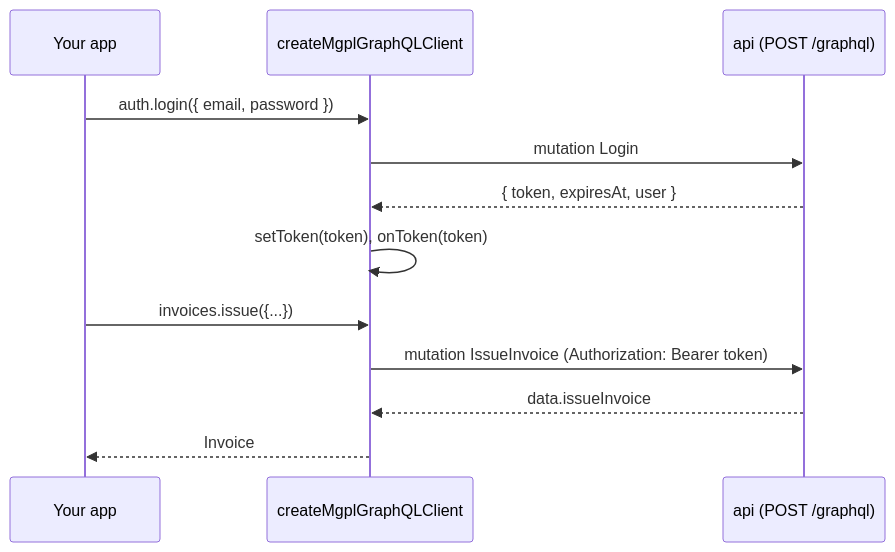
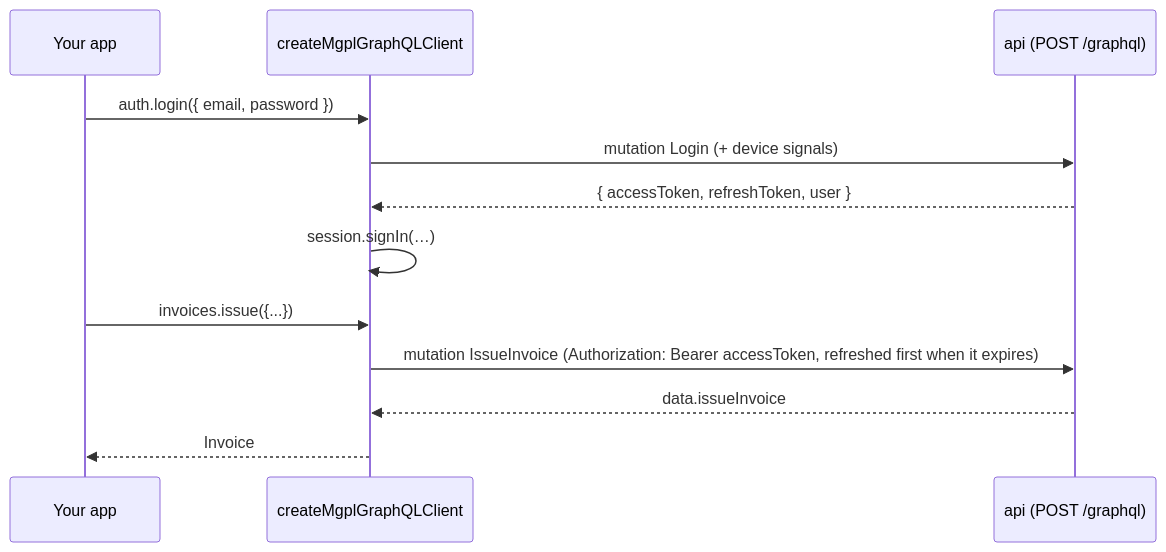
Before and after one commit to mgpl-diagnostics/client: the diagram in docs/graphql.md, drawn with Mermaid. The commit also changed other lines of this file and 16 other files, not shown here.

First line of the commit message:
feat: session manager for any library, device signals, refresh tokens (#7)

````diff
--- a/docs/graphql.md
+++ b/docs/graphql.md
@@ -7,14 +7,14 @@
 ```mermaid
 sequenceDiagram
   participant App as Your app
   participant C as createMgplGraphQLClient
   participant API as api (POST /graphql)
   App->>C: auth.login({ email, password })
-  C->>API: mutation Login
-  API-->>C: { token, expiresAt, user }
-  C->>C: setToken(token), onToken(token)
+  C->>API: mutation Login (+ device signals)
+  API-->>C: { accessToken, refreshToken, user }
+  C->>C: session.signIn(…)
   App->>C: invoices.issue({...})
-  C->>API: mutation IssueInvoice (Authorization: Bearer token)
+  C->>API: mutation IssueInvoice (Authorization: Bearer accessToken, refreshed first when it expires)
   API-->>C: data.issueInvoice
   C-->>App: Invoice
 ```
````
